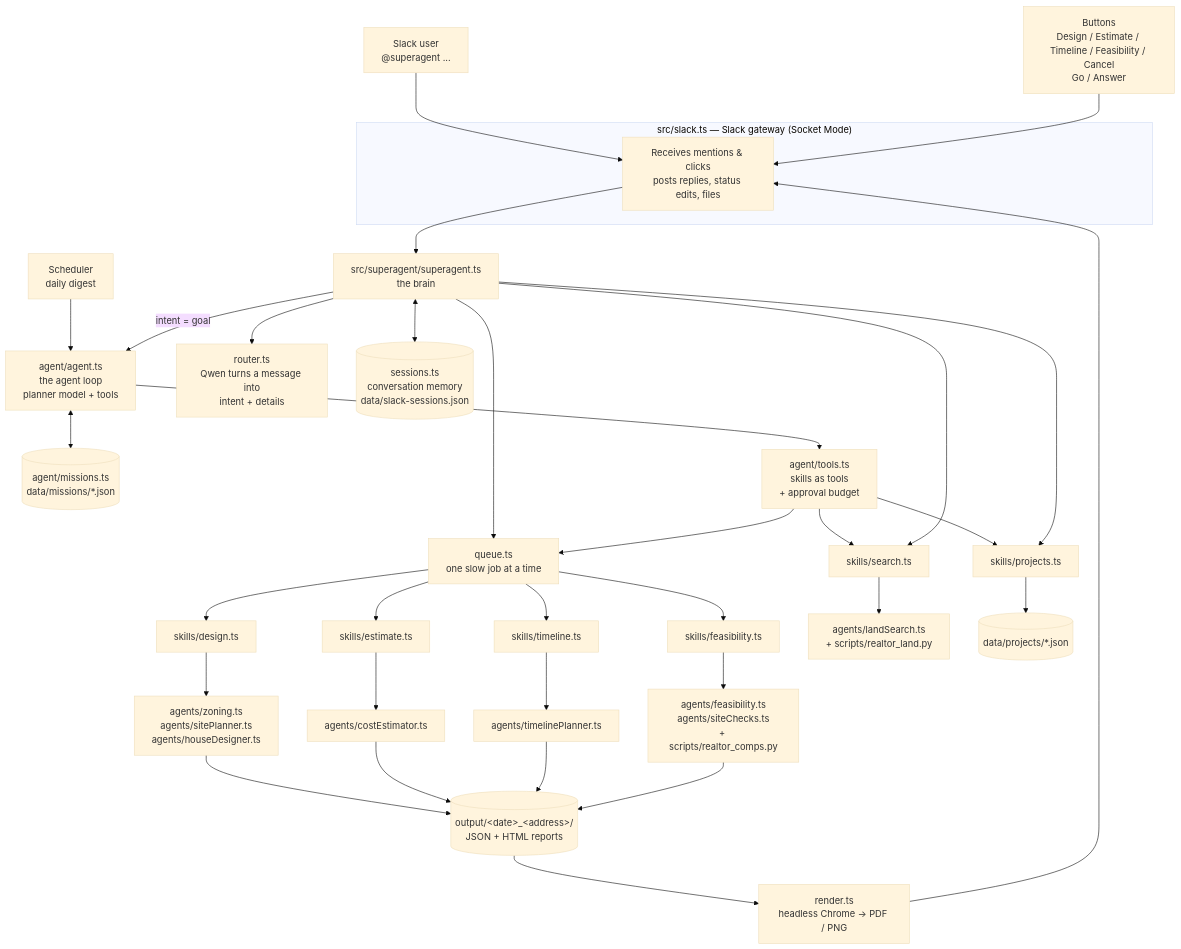
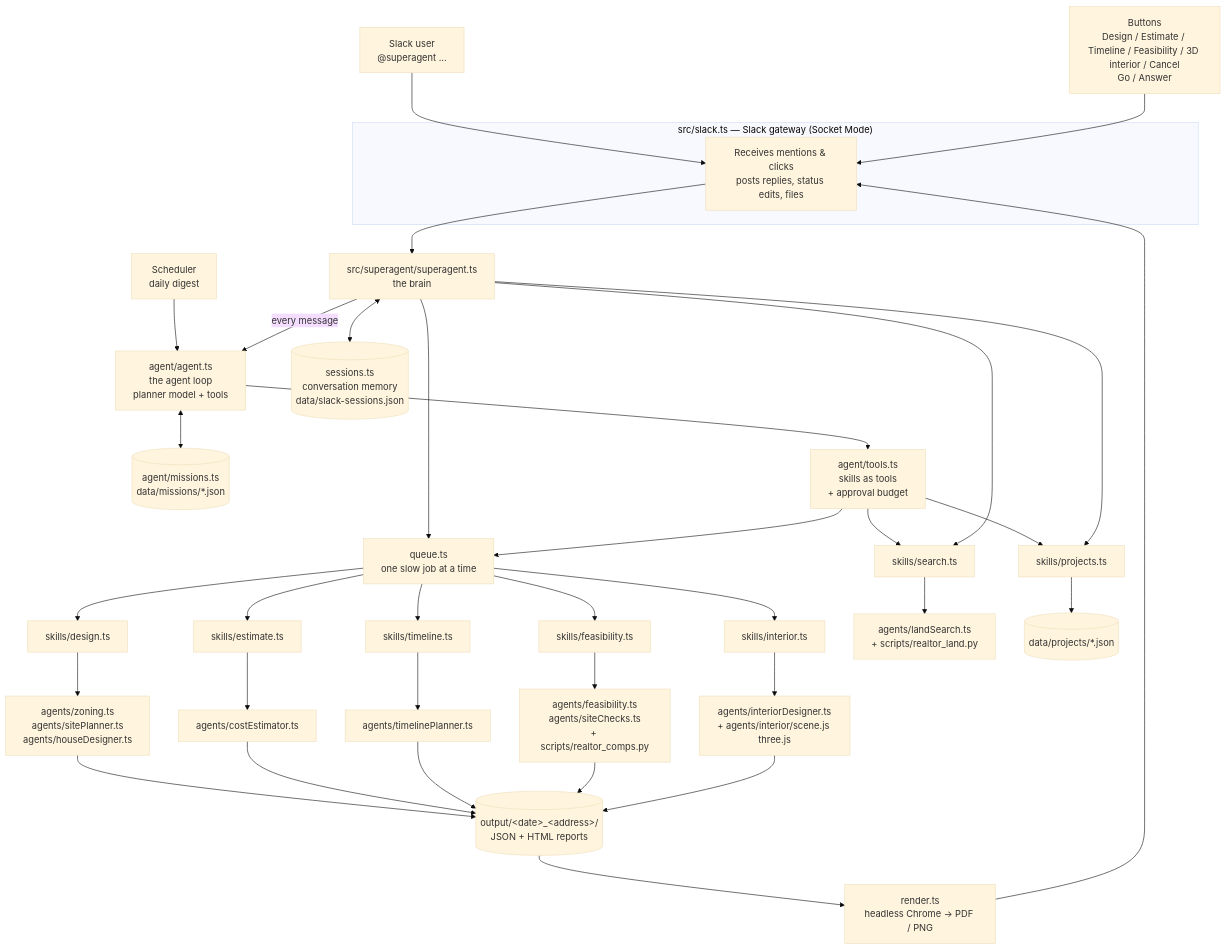
The diagram in README.md (strapidinnovation/construction-agent), drawn with Mermaid (base theme) before and after one commit. The commit also changed other lines of this file and 43 other files, not shown here.

````diff
--- a/README.md
+++ b/README.md
@@ -48,38 +49,39 @@
 ```mermaid
 flowchart TB
   U[Slack user<br/>@superagent ...] --> G
-  B[Buttons<br/>Design / Estimate / Timeline / Feasibility / Cancel<br/>Go / Answer] --> G
+  B[Buttons<br/>Design / Estimate / Timeline / Feasibility / 3D interior / Cancel<br/>Go / Answer] --> G
   T[Scheduler<br/>daily digest] --> AG
 
   subgraph Bot["src/slack.ts — Slack gateway (Socket Mode)"]
     G[Receives mentions & clicks<br/>posts replies, status edits, files]
   end
 
   G --> S[src/superagent/superagent.ts<br/>the brain]
-  S --> R[router.ts<br/>Qwen turns a message into<br/>intent + details]
   S <--> M[(sessions.ts<br/>conversation memory<br/>data/slack-sessions.json)]
   S --> Q[queue.ts<br/>one slow job at a time]
-  S -->|intent = goal| AG[agent/agent.ts<br/>the agent loop<br/>planner model + tools]
+  S -->|every message| AG[agent/agent.ts<br/>the agent loop<br/>planner model + tools]
   AG <--> MI[(agent/missions.ts<br/>data/missions/*.json)]
   AG --> TL[agent/tools.ts<br/>skills as tools<br/>+ approval budget]
   TL --> K1 & K6
   TL --> Q
 
   S --> K1[skills/search.ts]
   S --> K6[skills/projects.ts]
   Q --> K2[skills/design.ts]
   Q --> K3[skills/estimate.ts]
   Q --> K4[skills/timeline.ts]
   Q --> K5[skills/feasibility.ts]
+  Q --> K7[skills/interior.ts]
 
   K1 --> A1[agents/landSearch.ts<br/>+ scripts/realtor_land.py]
   K2 --> A2[agents/zoning.ts<br/>agents/sitePlanner.ts<br/>agents/houseDesigner.ts]
   K3 --> A3[agents/costEstimator.ts]
   K4 --> A4[agents/timelinePlanner.ts]
   K5 --> A5[agents/feasibility.ts<br/>agents/siteChecks.ts<br/>+ scripts/realtor_comps.py]
   K6 --> D1[(data/projects/*.json)]
+  K7 --> A7[agents/interiorDesigner.ts<br/>+ agents/interior/scene.js three.js]
 
-  A2 & A3 & A4 & A5 --> O[(output/&lt;date&gt;_&lt;address&gt;/<br/>JSON + HTML reports)]
+  A2 & A3 & A4 & A5 & A7 --> O[(output/&lt;date&gt;_&lt;address&gt;/<br/>JSON + HTML reports)]
   O --> P[render.ts<br/>headless Chrome → PDF / PNG]
   P --> G
 ```
````
